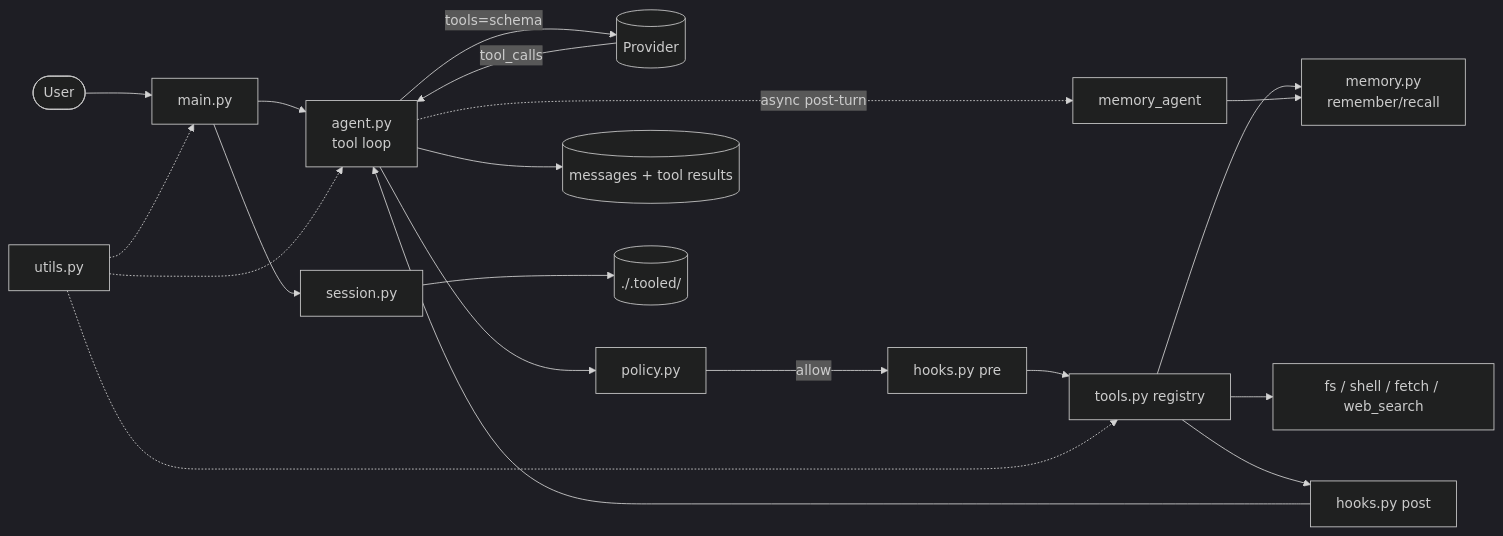
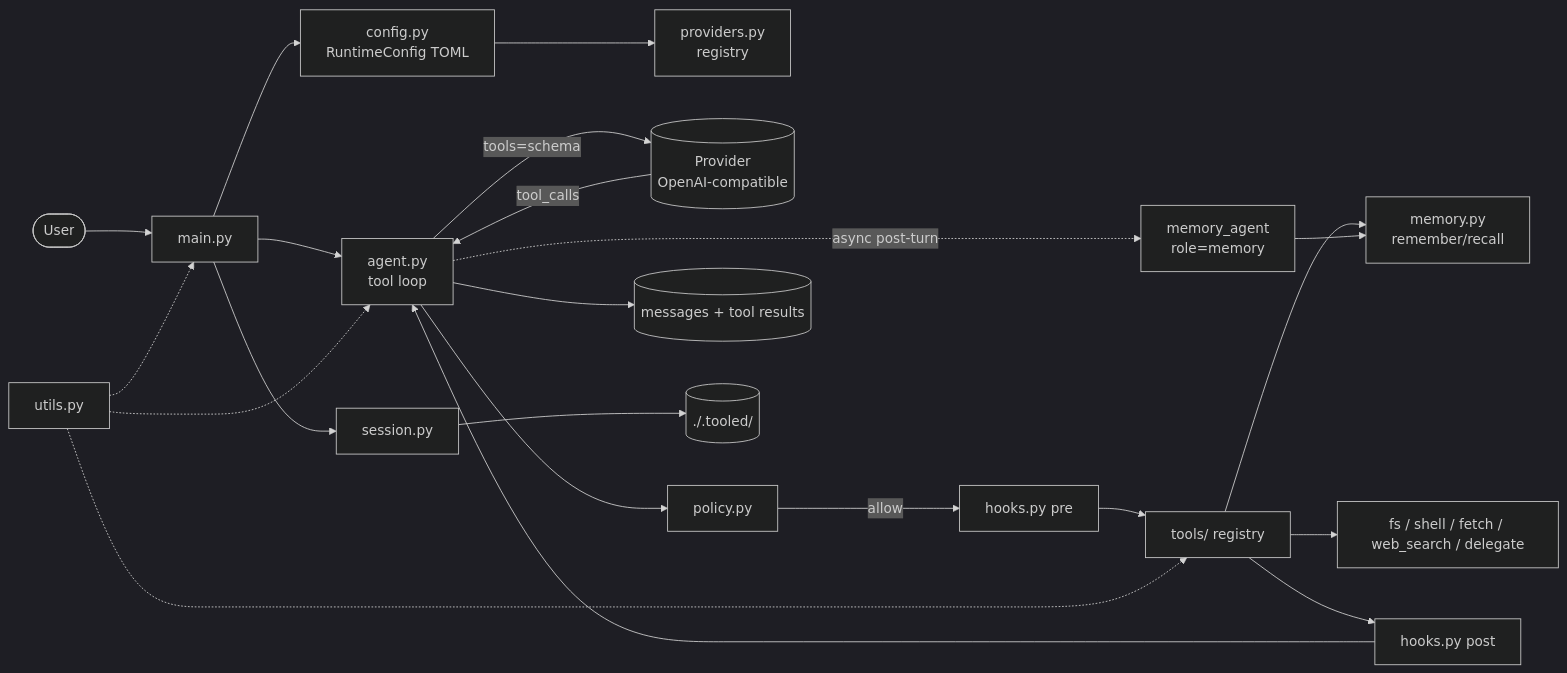
One commit to oornnery/harness-lab changed the diagram in docs/tooled.md. Above: the diagram before and after it, drawn with Mermaid (dark theme). The commit also changed other lines of this file and 3 other files, not shown here.

Commit message:
docs(tooled): update CLAUDE.md architecture, README, and spec

````diff
--- a/docs/tooled.md
+++ b/docs/tooled.md
@@ -40,22 +40,24 @@
 ```mermaid
 flowchart LR
     U([User]) --> MAIN[main.py]
+    MAIN --> CFG[config.py<br/>RuntimeConfig TOML]
+    CFG --> PROV[providers.py<br/>registry]
     MAIN --> AGENT[agent.py<br/>tool loop]
-    AGENT -->|tools=schema| API[(Provider)]
+    AGENT -->|tools=schema| API[(Provider<br/>OpenAI-compatible)]
     API -->|tool_calls| AGENT
     AGENT --> POL[policy.py]
     POL -->|allow| HOOKPRE[hooks.py pre]
-    HOOKPRE --> TOOLS[tools.py registry]
+    HOOKPRE --> TOOLS[tools/ registry]
     TOOLS --> MEM[memory.py<br/>remember/recall]
-    TOOLS --> FS[fs / shell / fetch / web_search]
+    TOOLS --> FS[fs / shell / fetch / web_search / delegate]
     TOOLS --> HOOKPOST[hooks.py post]
     HOOKPOST --> AGENT
     AGENT --> HIST[(messages + tool results)]
-    AGENT -.->|async post-turn| MEMAGT[memory_agent]
+    AGENT -.->|async post-turn| MEMAGT[memory_agent<br/>role=memory]
     MEMAGT --> MEM
     MAIN --> SESS[session.py]
     SESS --> DISK[(./.tooled/)]
     UTILS[utils.py] -.-> MAIN
     UTILS -.-> AGENT
     UTILS -.-> TOOLS
 ```
````
